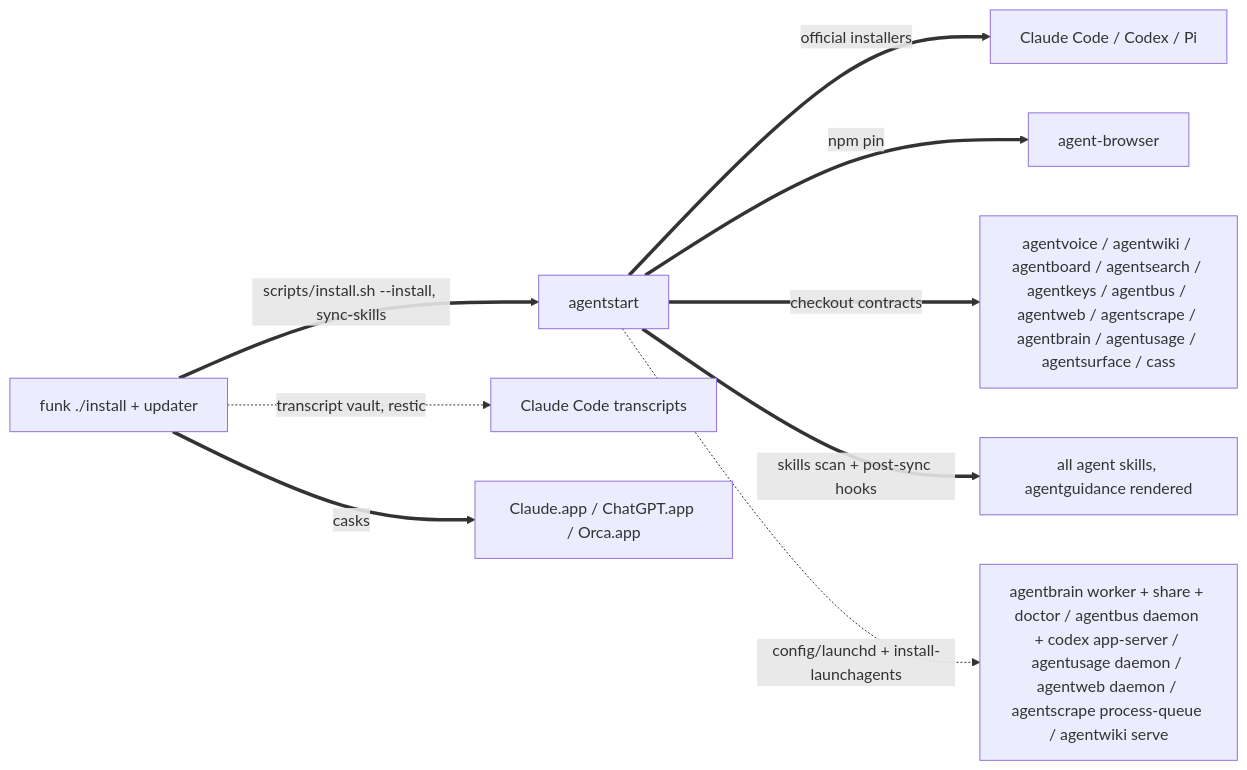
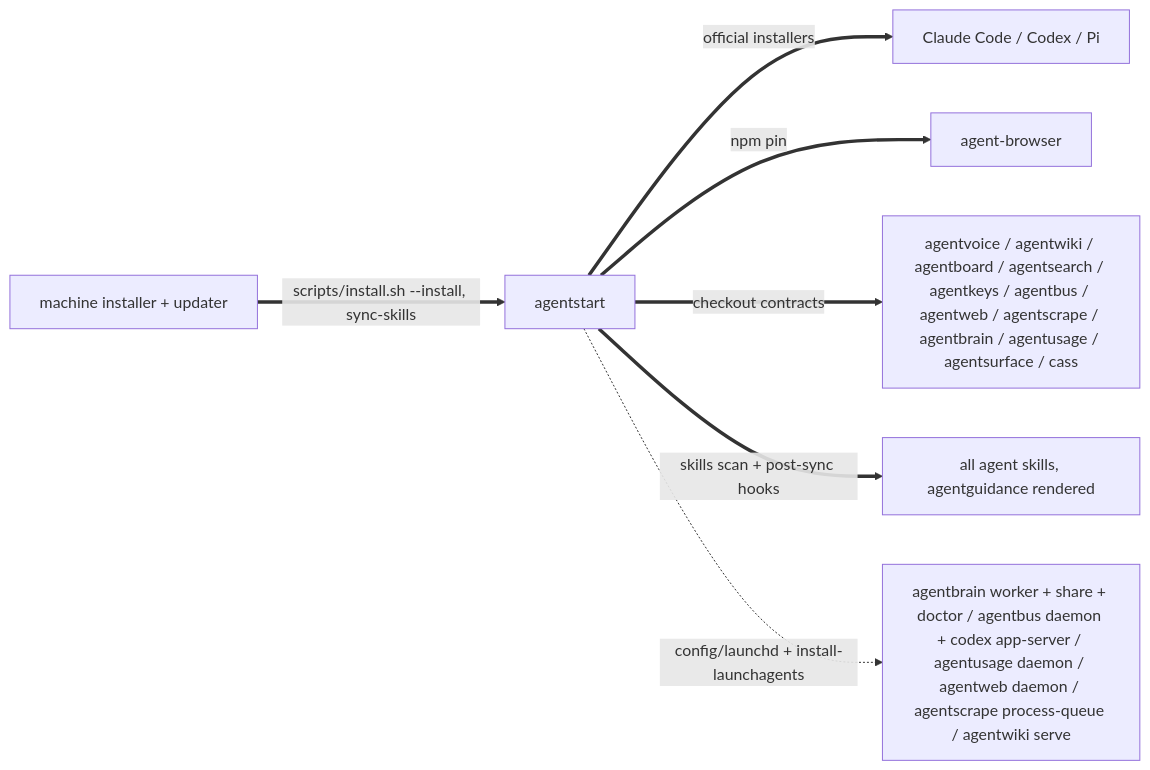
One commit to possibilities/agentdots changed the second of 3 diagrams in skills/fleet/MAP.md. Above: the diagram before and after it, drawn with Mermaid. The commit also changed other lines of this file and 12 other files, not shown here.

````diff
--- a/skills/fleet/MAP.md
+++ b/skills/fleet/MAP.md
@@ -73,14 +73,12 @@
 ```mermaid
 flowchart LR
-    funk[funk ./install + updater]
+    machine[machine installer + updater]
     start[agentstart]
 
-    funk ==>|scripts/install.sh --install, sync-skills| start
+    machine ==>|scripts/install.sh --install, sync-skills| start
     start ==>|official installers| harnesses[Claude Code / Codex / Pi]
     start ==>|npm pin| browser[agent-browser]
     start ==>|checkout contracts| fleet[agentvoice / agentwiki / agentboard / agentsearch / agentkeys / agentbus / agentweb / agentscrape / agentbrain / agentusage / agentsurface / cass]
     start ==>|skills scan + post-sync hooks| skills[all agent skills, agentguidance rendered]
     start -.->|config/launchd + install-launchagents| services[agentbrain worker + share + doctor / agentbus daemon + codex app-server / agentusage daemon / agentweb daemon / agentscrape process-queue / agentwiki serve]
-    funk -.->|transcript vault, restic| claudeData[Claude Code transcripts]
-    funk ==>|casks| apps[Claude.app / ChatGPT.app / Orca.app]
 ```
````
